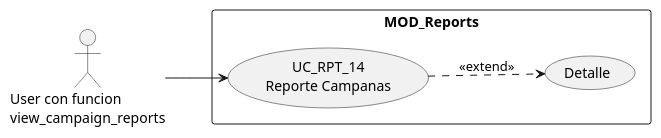
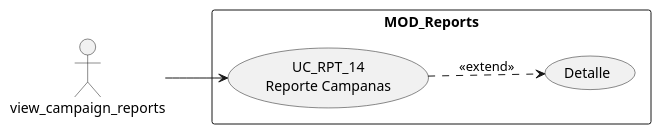
The first of 4 diagrams in source/requisitos/casos-uso/reports/uc-rpt-14/diagramas-uml.rst (jcg-admin/IACT-docs), drawn with PlantUML before and after one commit. The commit also changed 77 other files, not shown here.

First line of the commit message:
Enforce RBAC function names as actors in all UML diagrams

```diff
--- a/source/requisitos/casos-uso/reports/uc-rpt-14/diagramas-uml.rst
+++ b/source/requisitos/casos-uso/reports/uc-rpt-14/diagramas-uml.rst
@@ -10,12 +10,12 @@
 .. uml::
 
  @startuml
  left to right direction
- actor "User con funcion\nview_campaign_reports" as USR
+ actor "view_campaign_reports" as USR
  rectangle "MOD_Reports" {
    usecase "UC_RPT_14\nReporte Campanas" as UC14
    usecase "Detalle" as DET
  }
  USR --> UC14
  UC14 ..> DET : <<extend>>
  @enduml
```
